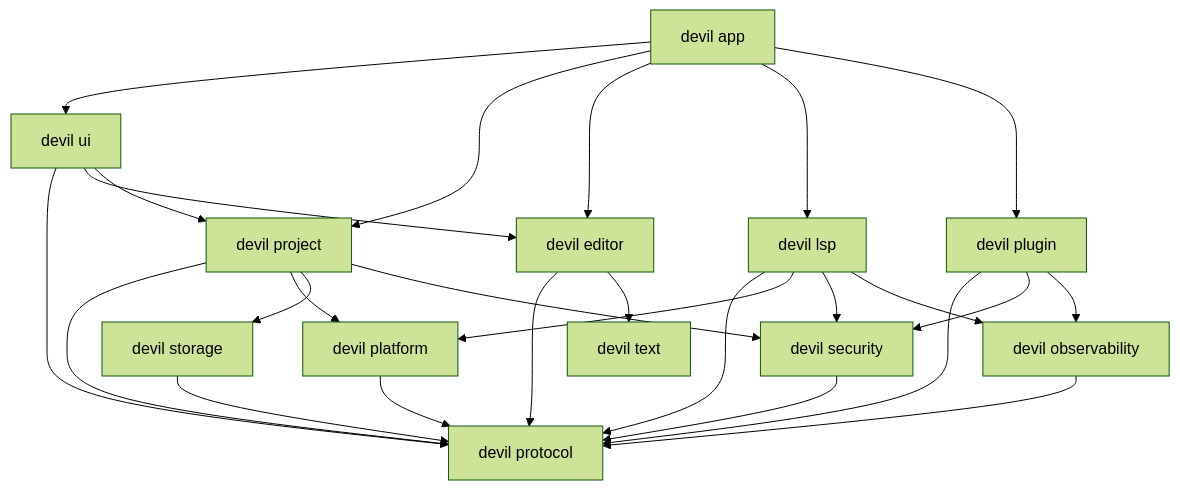
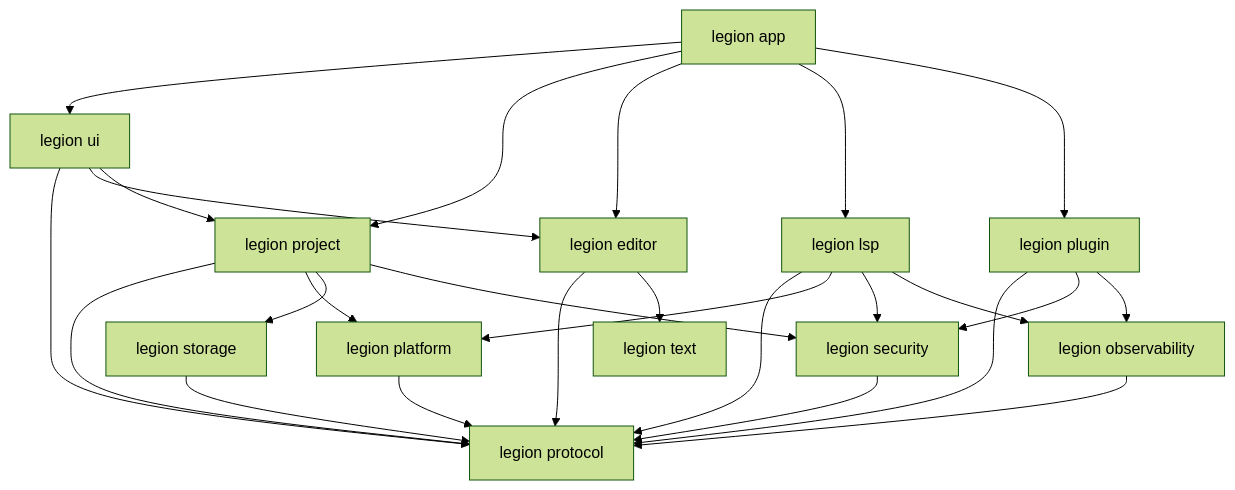
One commit to 9thLevelSoftware/legion-ide changed the second of 13 diagrams in plans/ide-core-architecture-spec-v0.1.md. Above: the diagram before and after it, drawn with Mermaid (forest theme). The commit also changed other lines of this file and 310 other files, not shown here.

Commit message:
Rebrand devil workspace to legion

````diff
--- a/plans/ide-core-architecture-spec-v0.1.md
+++ b/plans/ide-core-architecture-spec-v0.1.md
@@ -177,34 +177,34 @@
 ```mermaid
 flowchart TD
-    App[devil app] --> UI[devil ui]
-    App --> Project[devil project]
-    App --> Editor[devil editor]
-    App --> Lsp[devil lsp]
-    App --> Plugin[devil plugin]
+    App[legion app] --> UI[legion ui]
+    App --> Project[legion project]
+    App --> Editor[legion editor]
+    App --> Lsp[legion lsp]
+    App --> Plugin[legion plugin]
 
-    UI --> Protocol[devil protocol]
+    UI --> Protocol[legion protocol]
     UI --> Editor
     UI --> Project
 
     Editor --> Protocol
-    Editor --> Text[devil text]
+    Editor --> Text[legion text]
 
     Project --> Protocol
-    Project --> Platform[devil platform]
-    Project --> Storage[devil storage]
-    Project --> Security[devil security]
+    Project --> Platform[legion platform]
+    Project --> Storage[legion storage]
+    Project --> Security[legion security]
 
     Lsp --> Protocol
     Lsp --> Platform
     Lsp --> Security
-    Lsp --> Observability[devil observability]
+    Lsp --> Observability[legion observability]
 
     Plugin --> Protocol
     Plugin --> Security
     Plugin --> Observability
 
     Platform --> Protocol
     Storage --> Protocol
     Security --> Protocol
     Observability --> Protocol
 ```
````
